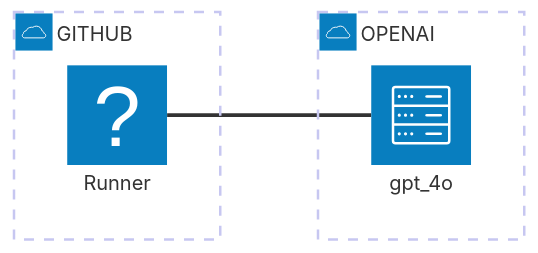
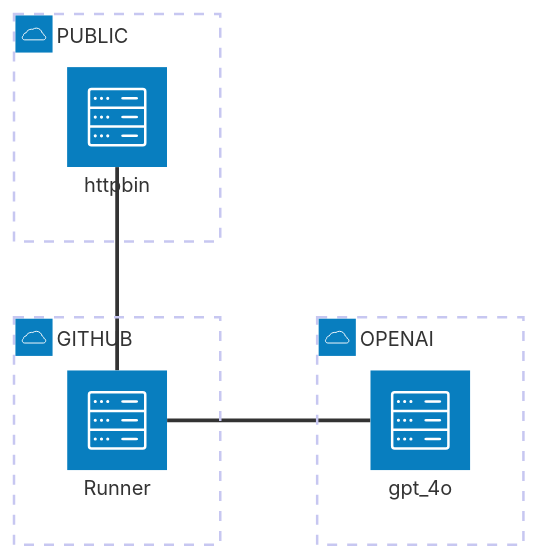
The second of 2 diagrams in resetassured-httpbin/junit-report-reader/README.md (ningxia202109/llm-learn), drawn with Mermaid before and after one commit. The commit also changed other lines of this file and 41 other files, not shown here.

````diff
--- a/resetassured-httpbin/junit-report-reader/README.md
+++ b/resetassured-httpbin/junit-report-reader/README.md
@@ -17,10 +17,14 @@
 ```mermaid
 architecture-beta
+    group public(cloud)[PUBLIC]
+    service httpbin(server)[httpbin] in public
+
     group github(cloud)[GITHUB]
-    service runner(Server)[Runner] in github
+    service runner(server)[Runner] in github
 
     group openai(cloud)[OPENAI]
     service gpt_4o(server)[gpt_4o] in openai
 
     runner:R -- L:gpt_4o
+    runner:T -- B:httpbin
 ```
````
